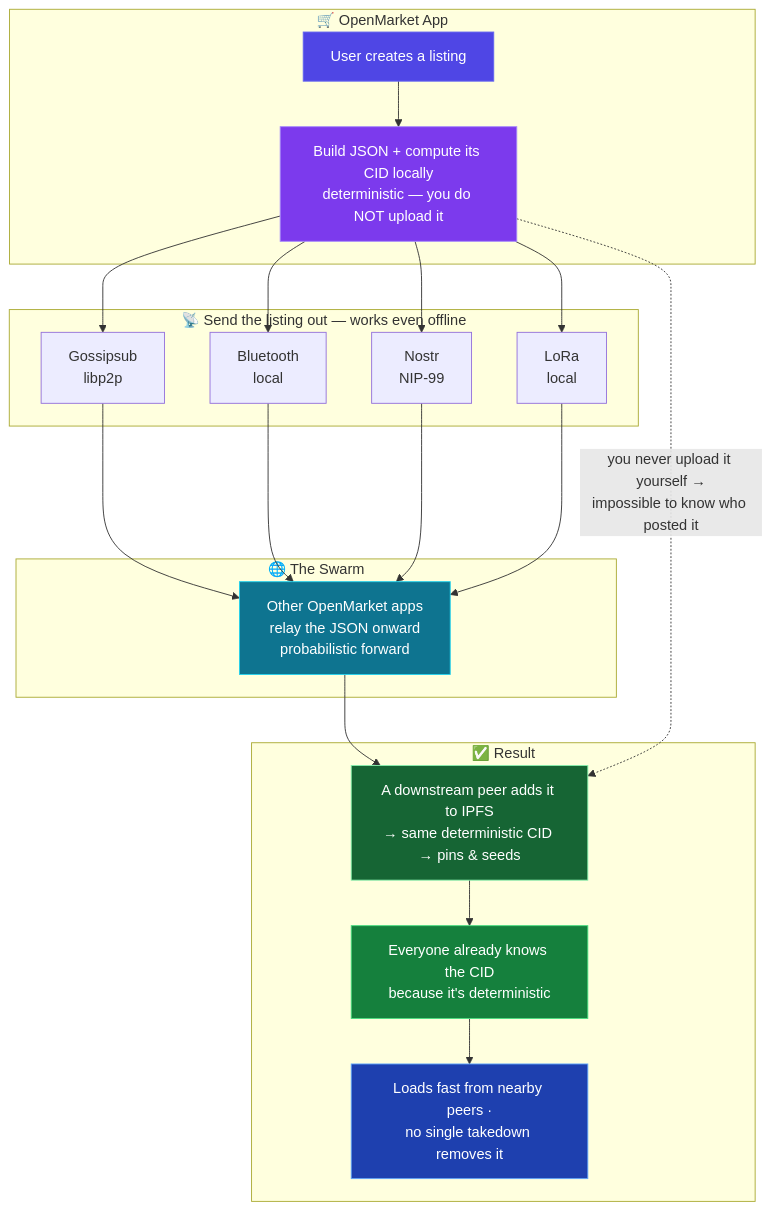
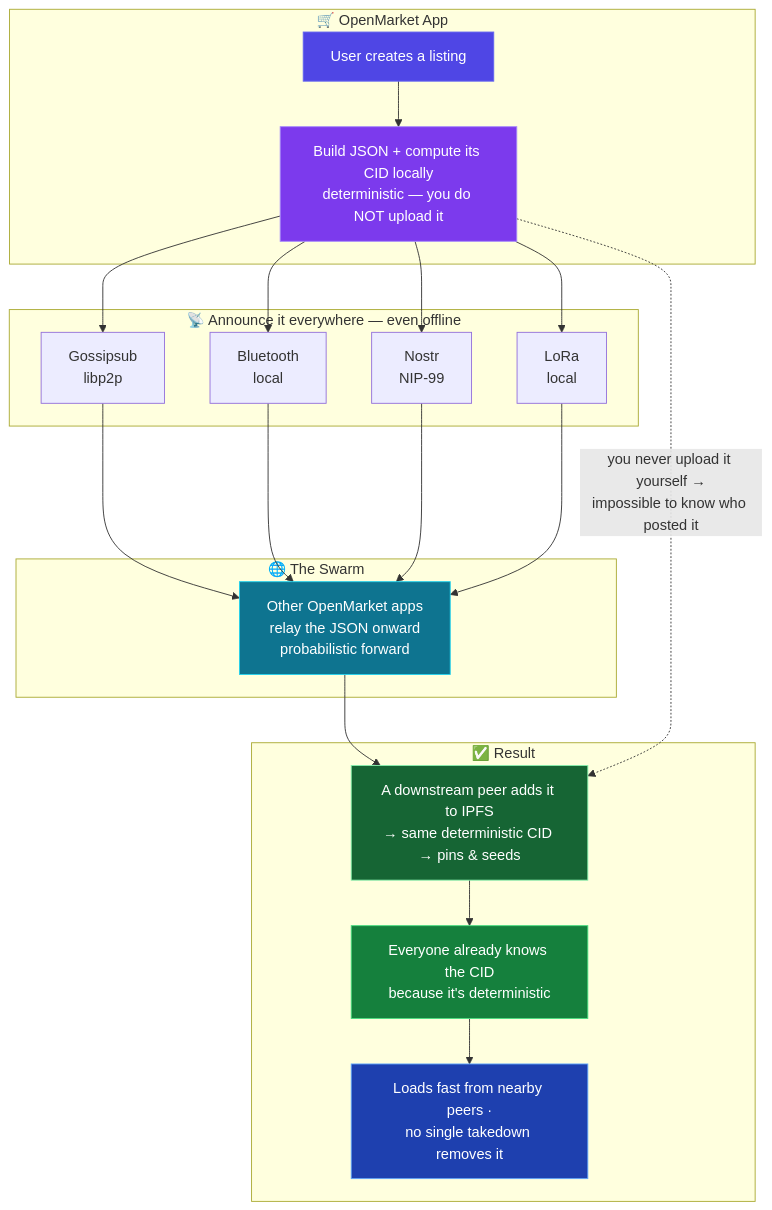
The diagram in README.md (lukeprofits/OpenMarket), drawn with Mermaid before and after one commit. The commit also changed other lines of this file, not shown here.

````diff
--- a/README.md
+++ b/README.md
@@ -46,46 +46,46 @@
 ```mermaid
 flowchart TD
     subgraph APP["🛒 OpenMarket App"]
         A["User creates a listing"]
         B["Build JSON + compute its CID locally<br/>deterministic — you do NOT upload it"]
         A --> B
     end
 
-    subgraph SPREAD["📡 Send the listing out — works even offline"]
+    subgraph SPREAD["📡 Announce it everywhere — even offline"]
         C["Gossipsub<br/>libp2p"]
         D["Bluetooth<br/>local"]
         E["Nostr<br/>NIP-99"]
         J["LoRa<br/>local"]
     end
 
     subgraph SWARM["🌐 The Swarm"]
         F["Other OpenMarket apps<br/>relay the JSON onward<br/>probabilistic forward"]
     end
 
     subgraph RESULT["✅ Result"]
         G["A downstream peer adds it to IPFS<br/>→ same deterministic CID → pins & seeds"]
         H["Everyone already knows the CID<br/>because it's deterministic"]
         I["Loads fast from nearby peers ·<br/>no single takedown removes it"]
     end
 
     B --> C
     B --> D
     B --> E
     B --> J
     C --> F
     D --> F
     E --> F
     J --> F
     F --> G
     G --> H
     H --> I
 
     B -.->|"you never upload it yourself →<br/>impossible to know who posted it"| G
 
     style A fill:#4f46e5,stroke:#6366f1,color:#fff
     style B fill:#7c3aed,stroke:#a78bfa,color:#fff
     style F fill:#0e7490,stroke:#22d3ee,color:#fff
     style G fill:#166534,stroke:#86efac,color:#fff
     style H fill:#15803d,stroke:#4ade80,color:#fff
     style I fill:#1e40af,stroke:#60a5fa,color:#fff
 ```
````
